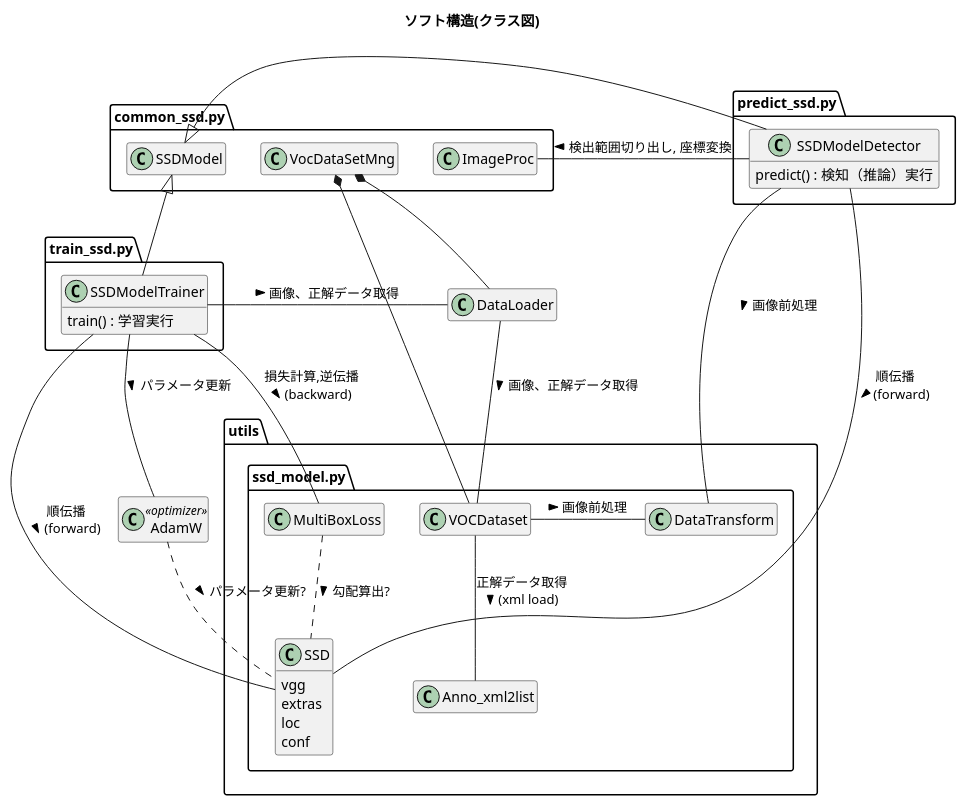
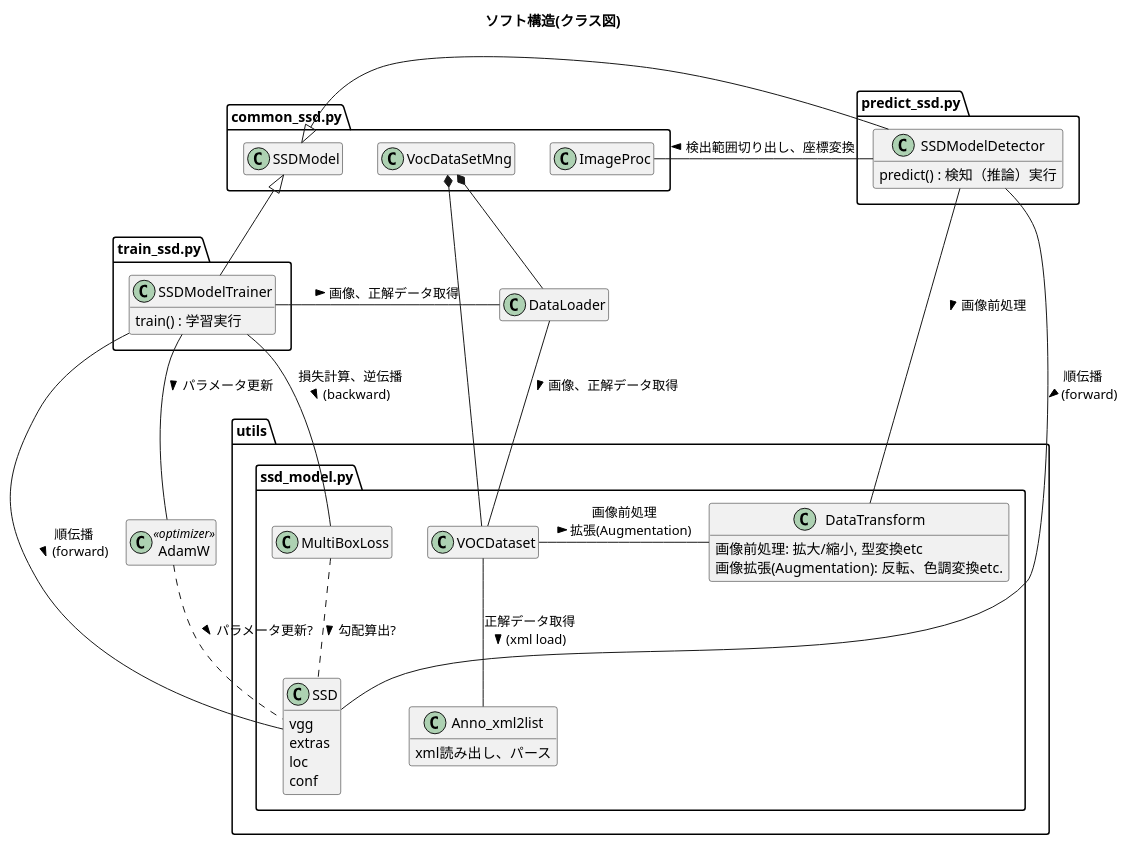
Before and after one commit to Shimasaki2021/pytorch_ssd_trial: the diagram in fig/soft_structure.pu, drawn with PlantUML. The commit also changed 5 other files, not shown here.

```diff
--- a/fig/soft_structure.pu
+++ b/fig/soft_structure.pu
@@ -1,76 +1,83 @@
 @startuml soft_structure
 
 hide empty members
 allowmixing
 
 title ソフト構造(クラス図)
 
 ' package data {
 '     database "画像" as ImageFile
 '     database "正解データ(xml)" as AnnoFile
 '     database "VGG16学習済みパラメータ" as vgg16_reducefdc
 
 ' }
 
 
 class AdamW << optimizer >>
 
 package utils {
     package "ssd_model.py" as ssd_model {
         class SSD {
             vgg
             extras
             loc
             conf
         }
         class VOCDataset
         class DataTransform
+        {
+            {method}画像前処理: 拡大/縮小, 型変換etc
+            {method}画像拡張(Augmentation): 反転、色調変換etc.
+        }
         class Anno_xml2list
+        {
+            {method}xml読み出し、パース
+        }
         class MultiBoxLoss
     }
 }
 
 package "common_ssd.py" as common_ssd {
     class SSDModel
     class VocDataSetMng
     class ImageProc
 }
 
 package "train_ssd.py" as train_ssd {
     class SSDModelTrainer {
         train() : 学習実行
     }
 }
 
 package "predict_ssd.py" as predict_ssd {
     class SSDModelDetector {
         predict() : 検知（推論）実行
     }
 }
 
 SSDModel <|- SSDModelTrainer
 SSDModel <|- SSDModelDetector
 
 SSDModelTrainer - DataLoader : 画像、正解データ取得 >
 ' SSD -- vgg16_reducefdc : load >
 SSDModelTrainer - SSD : 順伝播\n(forward) >
-SSDModelTrainer - MultiBoxLoss : 損失計算,逆伝播\n(backward) >
+SSDModelTrainer - MultiBoxLoss : 損失計算、逆伝播\n(backward) >
 SSDModelTrainer -d- AdamW : パラメータ更新 >
 MultiBoxLoss .. SSD : 勾配算出? >
 AdamW .. SSD : パラメータ更新? >
 
-SSDModelDetector - ImageProc : 検出範囲切り出し, 座標変換 >
+SSDModelDetector - ImageProc : 検出範囲切り出し、座標変換 >
 SSDModelDetector -- DataTransform : 画像前処理 >
 SSDModelDetector - SSD : 順伝播\n(forward) >
 
 
 VocDataSetMng *-- VOCDataset
 VocDataSetMng *-- DataLoader
 
 DataLoader -- VOCDataset : 画像、正解データ取得 >
-VOCDataset - DataTransform : 画像前処理 >
+VOCDataset - DataTransform : 画像前処理\n拡張(Augmentation) >
 VOCDataset -d- Anno_xml2list : 正解データ取得\n(xml load) > 
 ' Anno_xml2list -- AnnoFile : load >
 ' VOCDataset -- ImageFile : load >
 
 @enduml
```
